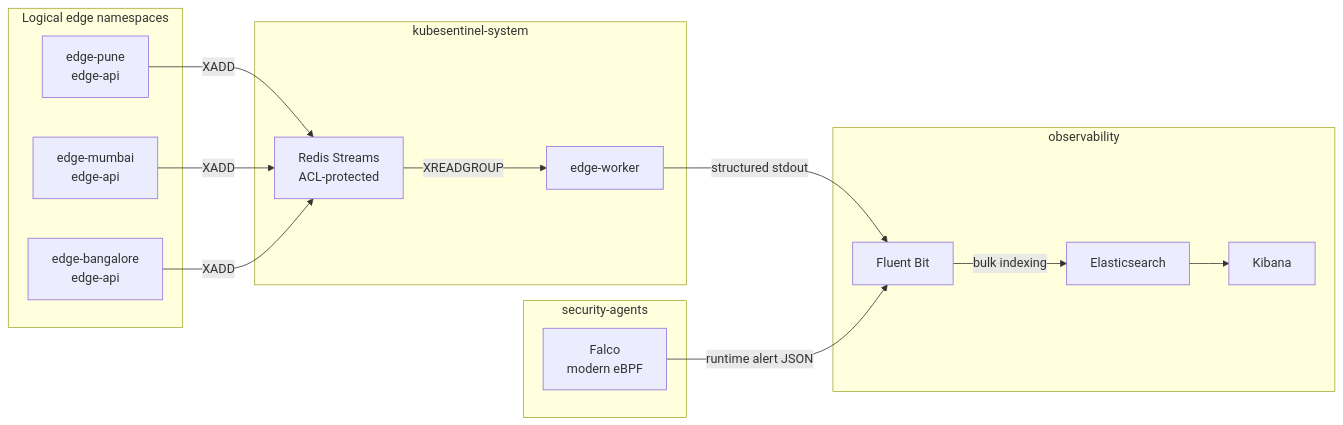
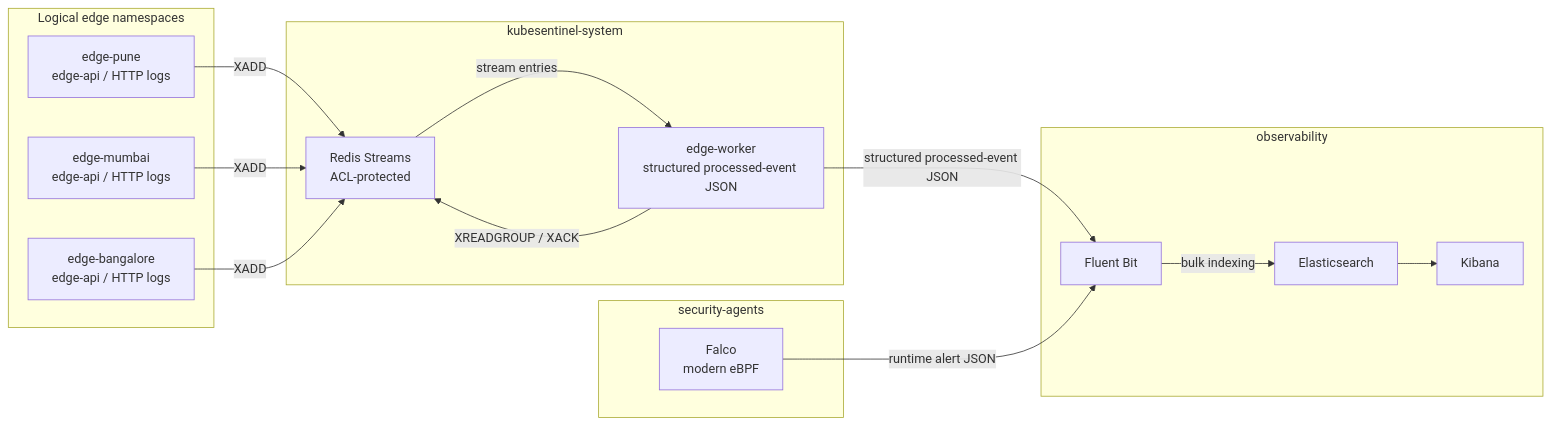
Before and after one commit to dedsec-terminal/KubeSentinel: the diagram in docs/architecture.md, drawn with Mermaid. The commit also changed other lines of this file and 14 other files, not shown here.

Commit message:
docs: refine project terminology and architecture accuracy

````diff
--- a/docs/architecture.md
+++ b/docs/architecture.md
@@ -9,32 +9,33 @@
 ```mermaid
 flowchart LR
     subgraph Edge["Logical edge namespaces"]
-        P["edge-pune<br/>edge-api"]
-        M["edge-mumbai<br/>edge-api"]
-        B["edge-bangalore<br/>edge-api"]
+        P["edge-pune<br/>edge-api / HTTP logs"]
+        M["edge-mumbai<br/>edge-api / HTTP logs"]
+        B["edge-bangalore<br/>edge-api / HTTP logs"]
     end
 
     subgraph Core["kubesentinel-system"]
         R["Redis Streams<br/>ACL-protected"]
-        W["edge-worker"]
+        W["edge-worker<br/>structured processed-event JSON"]
     end
 
     subgraph Runtime["security-agents"]
         F["Falco<br/>modern eBPF"]
     end
 
     subgraph Obs["observability"]
         FB["Fluent Bit"]
         ES["Elasticsearch"]
         KB["Kibana"]
     end
 
     P -->|XADD| R
     M -->|XADD| R
     B -->|XADD| R
-    R -->|XREADGROUP| W
-    W -->|structured stdout| FB
+    W -->|XREADGROUP / XACK| R
+    R -->|stream entries| W
+    W -->|structured processed-event JSON| FB
     F -->|runtime alert JSON| FB
     FB -->|bulk indexing| ES
     ES --> KB
 ```
````
